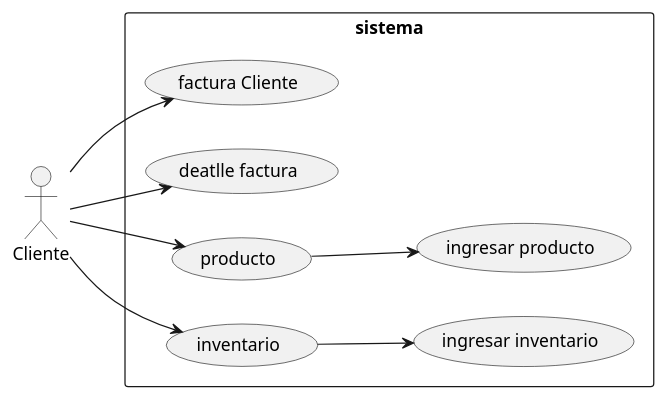
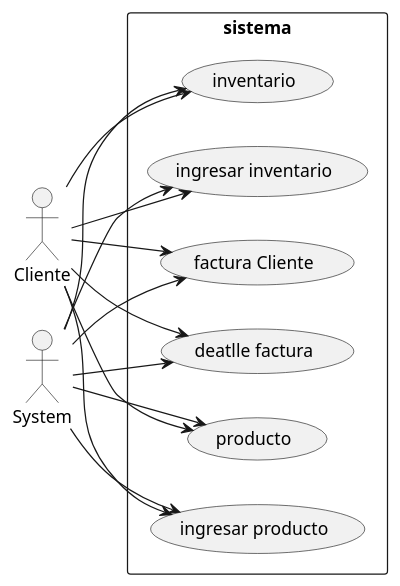
Before and after one commit to jose6668/parcial2: the diagram in Diagrama_de_Usos.wsd, drawn with PlantUML. The commit also changed 2 other files, not shown here.

```diff
--- a/Diagrama_de_Usos.wsd
+++ b/Diagrama_de_Usos.wsd
@@ -1,26 +1,33 @@
 @startuml
 left to right direction
 actor Cliente as clien
 
 
 rectangle "sistema" {
     usecase "factura Cliente" as Facturacleinte
     usecase "deatlle factura" as Dettalefactura
     usecase "producto" as Producto
     usecase "ingresar producto" as Ingresarproducto
     usecase "inventario" as Inventario
     usecase "ingresar inventario" as Ingresarinventario
     
 }
 
 clien --> Facturacleinte
 clien --> Dettalefactura
 clien --> Producto
-Producto --> Ingresarproducto
+clien --> Ingresarproducto
 clien --> Inventario
-Inventario --> Ingresarinventario
+clien --> Ingresarinventario
+
+System --> Facturacleinte
+System --> Dettalefactura
+System --> Producto
+System --> Ingresarproducto
+System --> Inventario
+System --> Ingresarinventario
 
 
 
 
 @enduml
```
